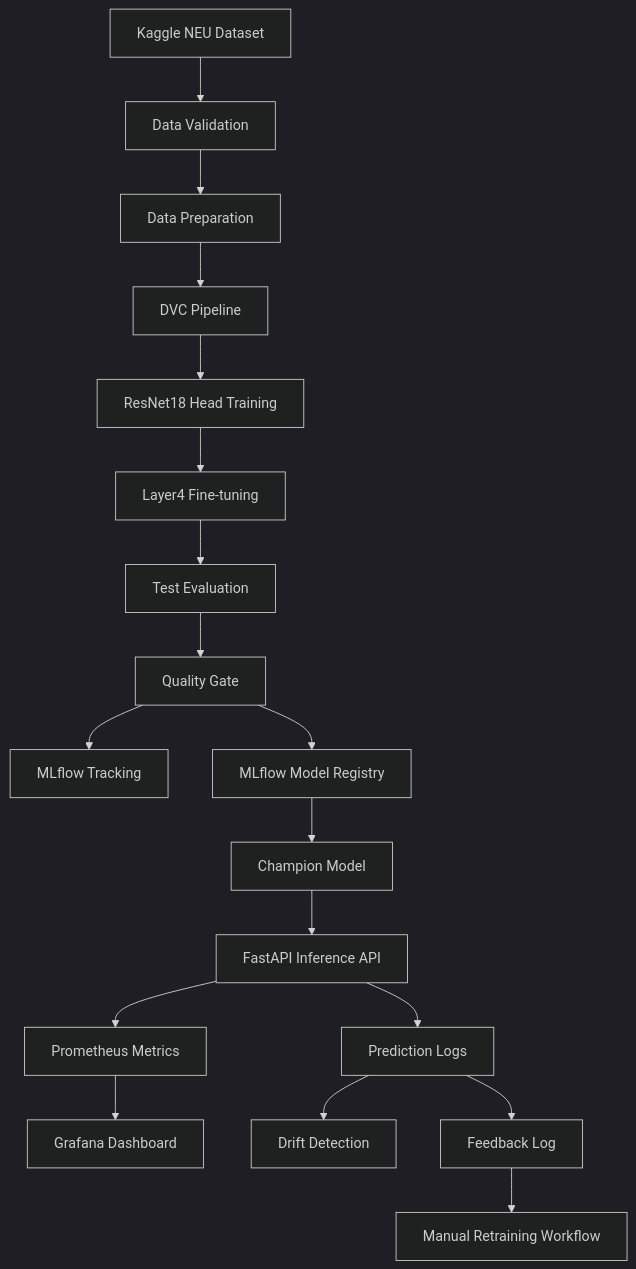
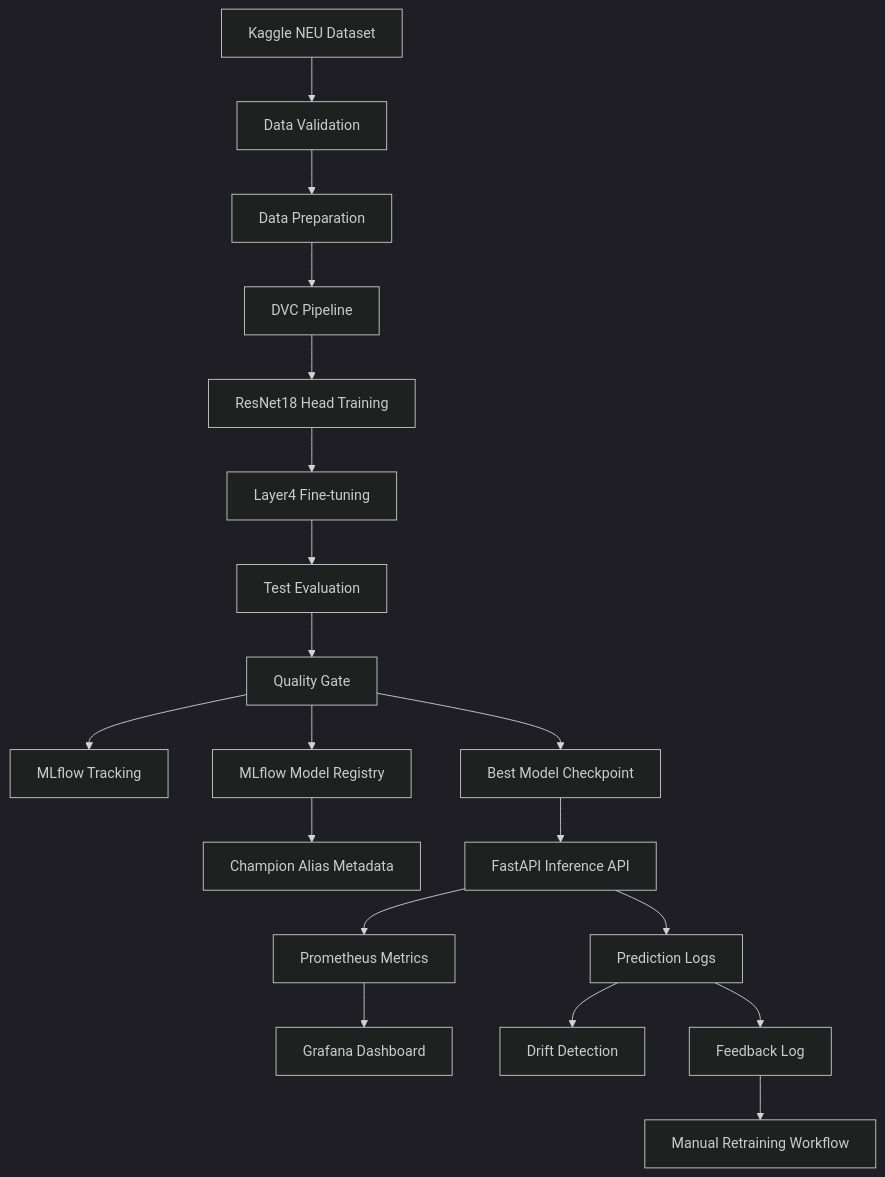
One commit to ebad426623/visionops-defect-detection changed the diagram in README.md. Above: the diagram before and after it, drawn with Mermaid (dark theme). The commit also changed other lines of this file and 1 other file, not shown here.

Commit message:
Polish README and reproduction workflow

````diff
--- a/README.md
+++ b/README.md
@@ -76,20 +168,21 @@
 ```mermaid
 flowchart TD
     A[Kaggle NEU Dataset] --> B[Data Validation]
     B --> C[Data Preparation]
     C --> D[DVC Pipeline]
     D --> E[ResNet18 Head Training]
     E --> F[Layer4 Fine-tuning]
     F --> G[Test Evaluation]
     G --> H[Quality Gate]
     H --> I[MLflow Tracking]
     H --> J[MLflow Model Registry]
-    J --> K[Champion Model]
-    K --> L[FastAPI Inference API]
-    L --> M[Prediction Logs]
-    L --> N[Prometheus Metrics]
-    N --> O[Grafana Dashboard]
-    M --> P[Drift Detection]
-    M --> Q[Feedback Log]
-    Q --> R[Manual Retraining Workflow]
+    H --> K[Best Model Checkpoint]
+    J --> L[Champion Alias Metadata]
+    K --> M[FastAPI Inference API]
+    M --> N[Prediction Logs]
+    M --> O[Prometheus Metrics]
+    O --> P[Grafana Dashboard]
+    N --> Q[Drift Detection]
+    N --> R[Feedback Log]
+    R --> S[Manual Retraining Workflow]
 ```
````
